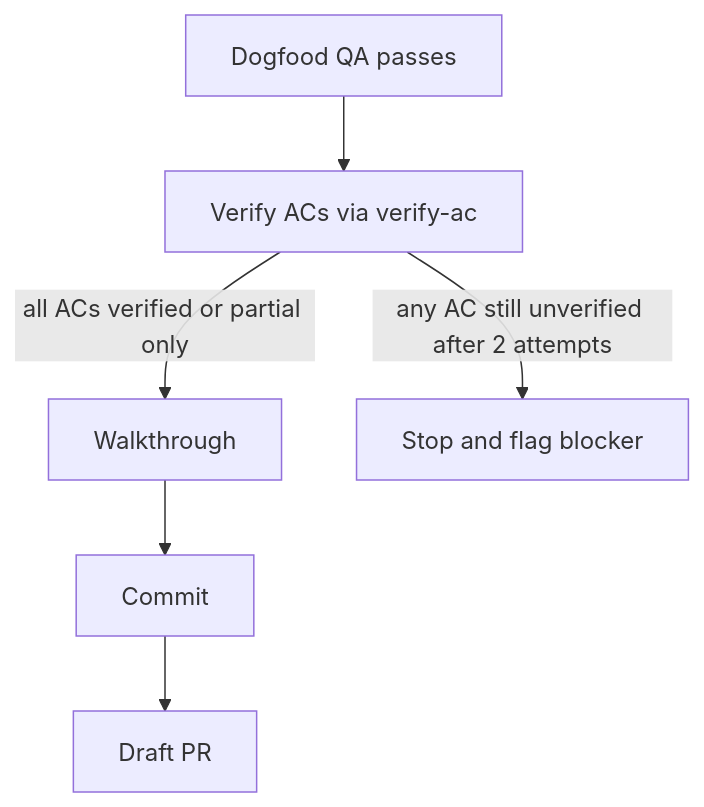
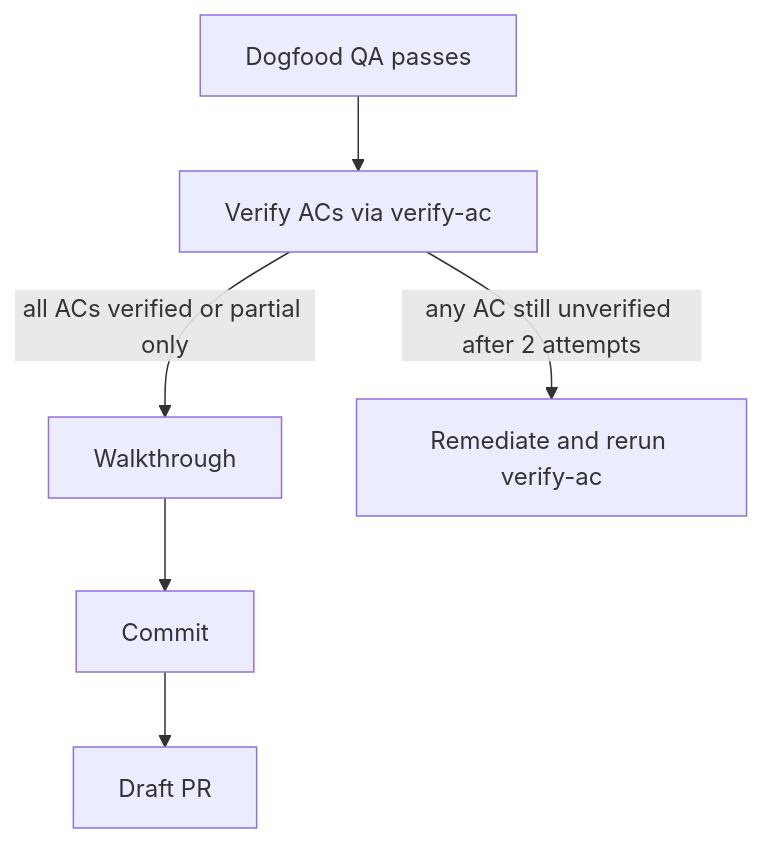
One commit to phrazzld/spellbook changed the second of 3 diagrams in .groom/walkthroughs/issue-5-verify-ac.md. Above: the diagram before and after it, drawn with Mermaid. The commit also changed 1 other file, not shown here.

Commit message:
refactor: tighten verify-ac failure semantics
Clarify that autopilot must keep remediating failed acceptance-criteria checks instead of passively stopping. Preserve the hard gate against commit/ship while escalating only when further progress is genuinely blocked.

````diff
--- a/.groom/walkthroughs/issue-5-verify-ac.md
+++ b/.groom/walkthroughs/issue-5-verify-ac.md
@@ -26,8 +26,8 @@
 ```mermaid
 graph TD
   A[Dogfood QA passes] --> B[Verify ACs via verify-ac]
   B -->|all ACs verified or partial only| C[Walkthrough]
-  B -->|any AC still unverified after 2 attempts| D[Stop and flag blocker]
+  B -->|any AC still unverified after 2 attempts| D[Remediate and rerun verify-ac]
   C --> E[Commit]
   E --> F[Draft PR]
 ```
````
